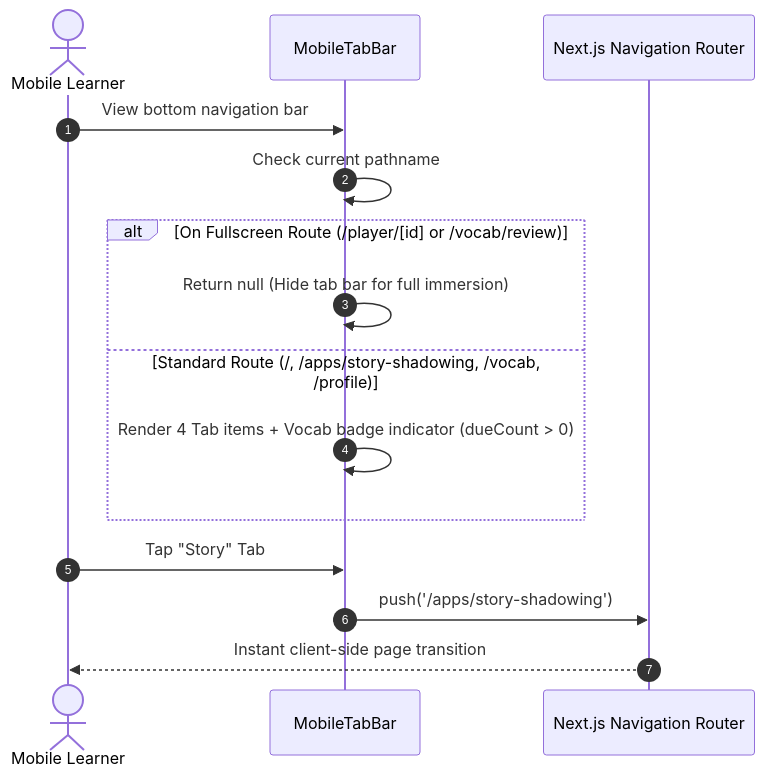
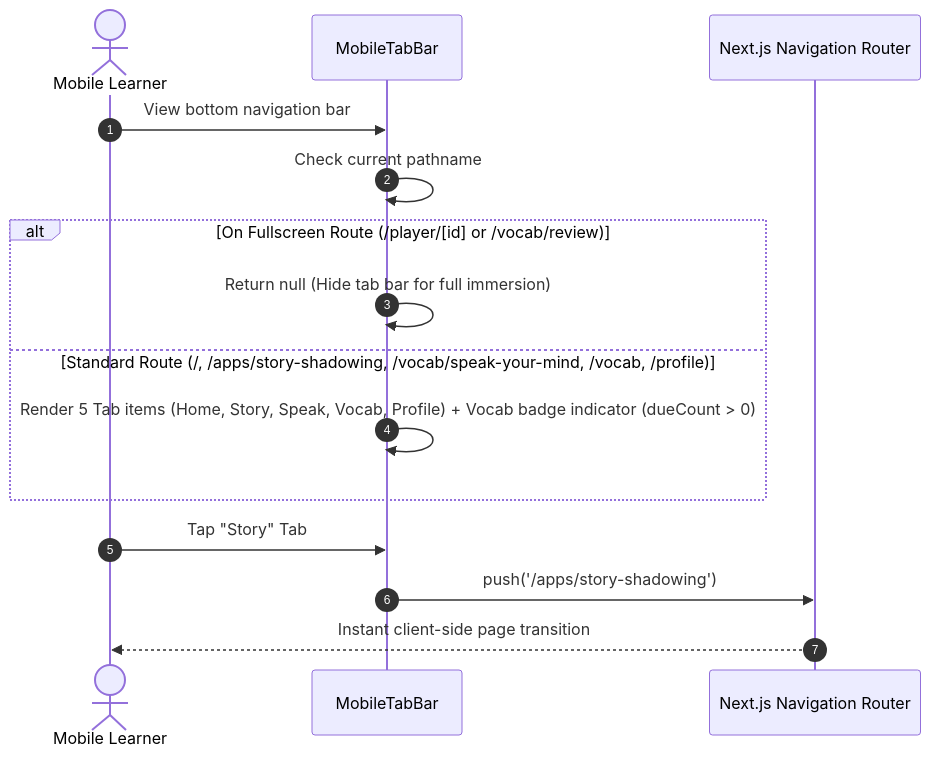
The second of 2 diagrams in requirements/modules/dashboard/spec.md (vuanhtu1993/aha-opta), drawn with Mermaid before and after one commit. The commit also changed other lines of this file and 3 other files, not shown here.

Commit message:
docs(dashboard): update specifications for 5-tab mobile navigation with Speak tab

````diff
--- a/requirements/modules/dashboard/spec.md
+++ b/requirements/modules/dashboard/spec.md
@@ -92,19 +92,19 @@
 ```mermaid
 sequenceDiagram
     autonumber
     actor Learner as Mobile Learner
     participant Shell as MobileTabBar
     participant Router as Next.js Navigation Router
 
     Learner->>Shell: View bottom navigation bar
     Shell->>Shell: Check current pathname
     alt On Fullscreen Route (/player/[id] or /vocab/review)
         Shell->>Shell: Return null (Hide tab bar for full immersion)
-    else Standard Route (/, /apps/story-shadowing, /vocab, /profile)
-        Shell->>Shell: Render 4 Tab items + Vocab badge indicator (dueCount > 0)
+    else Standard Route (/, /apps/story-shadowing, /vocab/speak-your-mind, /vocab, /profile)
+        Shell->>Shell: Render 5 Tab items (Home, Story, Speak, Vocab, Profile) + Vocab badge indicator (dueCount > 0)
     end
     
     Learner->>Shell: Tap "Story" Tab
     Shell->>Router: push('/apps/story-shadowing')
     Router-->>Learner: Instant client-side page transition
 ```
````
